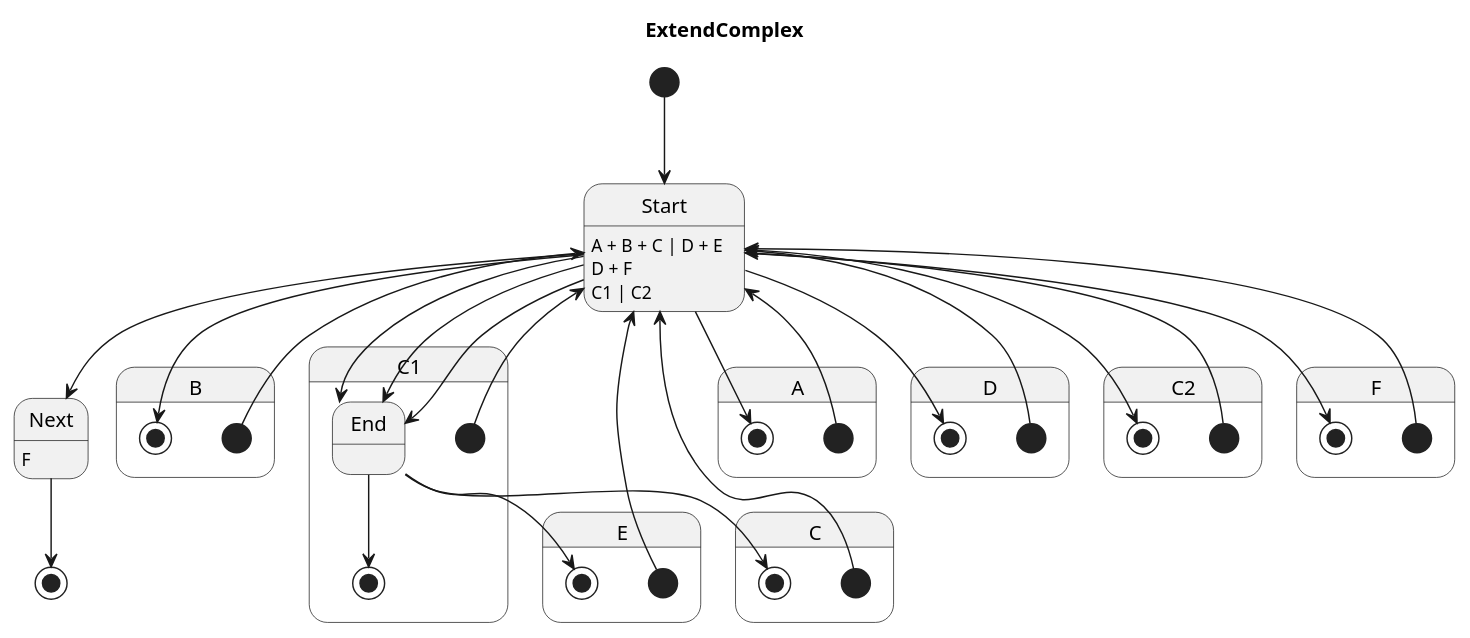
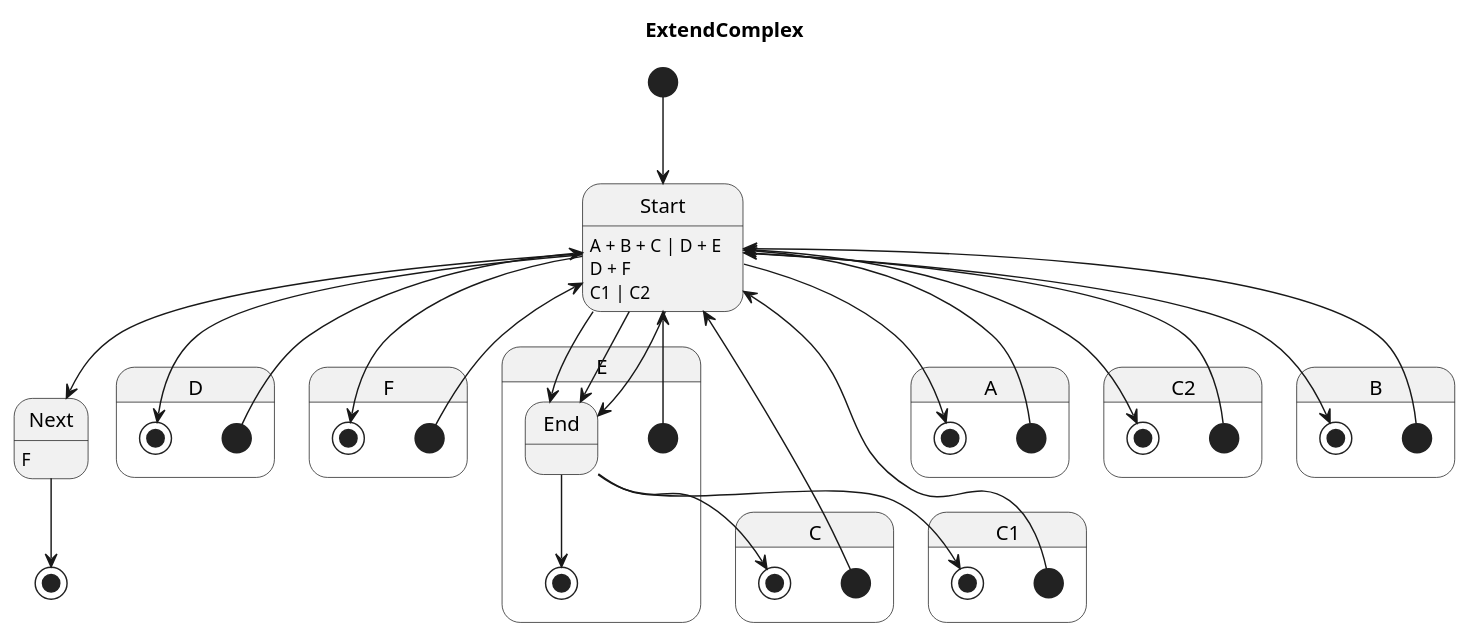
The diagram in examples/generated/plantuml/extend_complex.puml (Pastor/Takt), drawn with PlantUML before and after one commit. The commit also changed other lines of this file and 13 other files, not shown here.

```diff
--- a/examples/generated/plantuml/extend_complex.puml
+++ b/examples/generated/plantuml/extend_complex.puml
@@ -1,55 +1,55 @@
 @startuml
 title ExtendComplex
 
 [*] --> Start
 Start : A + B + C | D + E
 Start --> Next
 Next : F
 Next --> [*]
 
-state B {
+state D {
     [*] --> Start
     Start --> [*]
 }
 
-state C1 {
+state F {
+    [*] --> Start
+    Start --> [*]
+}
+
+state E {
     [*] --> Start
     End --> [*]
+    Start : D + F
     Start --> End
 }
 
 state A {
     [*] --> Start
     Start --> [*]
 }
 
-state D {
+state C2 {
     [*] --> Start
     Start --> [*]
-}
-
-state E {
-    [*] --> Start
-    Start : D + F
-    Start --> End
-    End --> [*]
 }
 
 state C {
     [*] --> Start
     End --> [*]
     Start : C1 | C2
     Start --> End
 }
 
-state C2 {
+state C1 {
     [*] --> Start
-    Start --> [*]
+    Start --> End
+    End --> [*]
 }
 
-state F {
+state B {
     [*] --> Start
     Start --> [*]
 }
 
 @enduml
```
